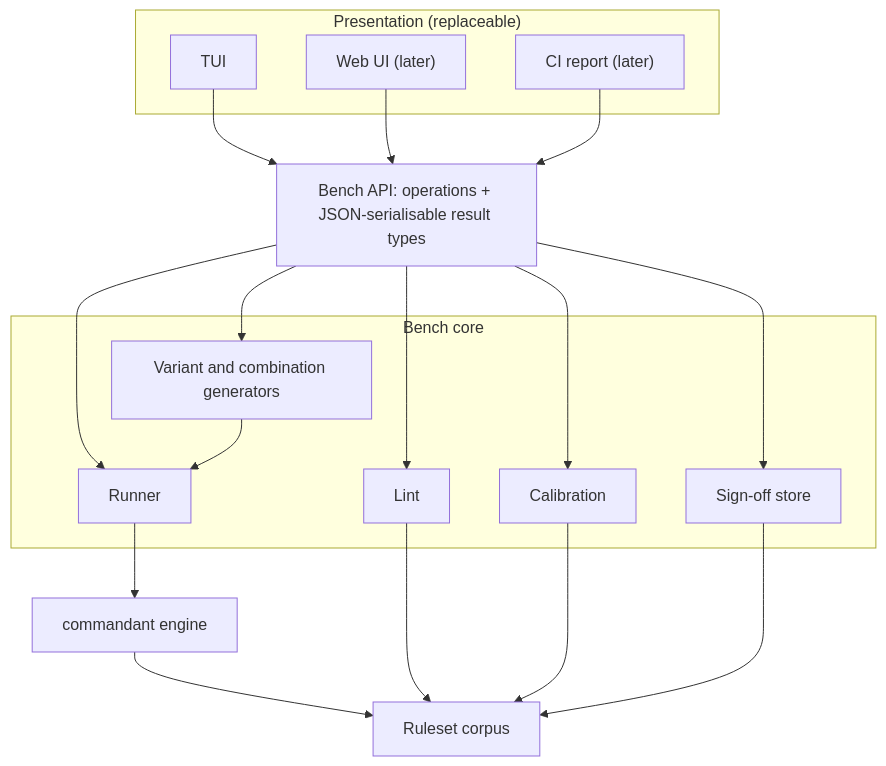
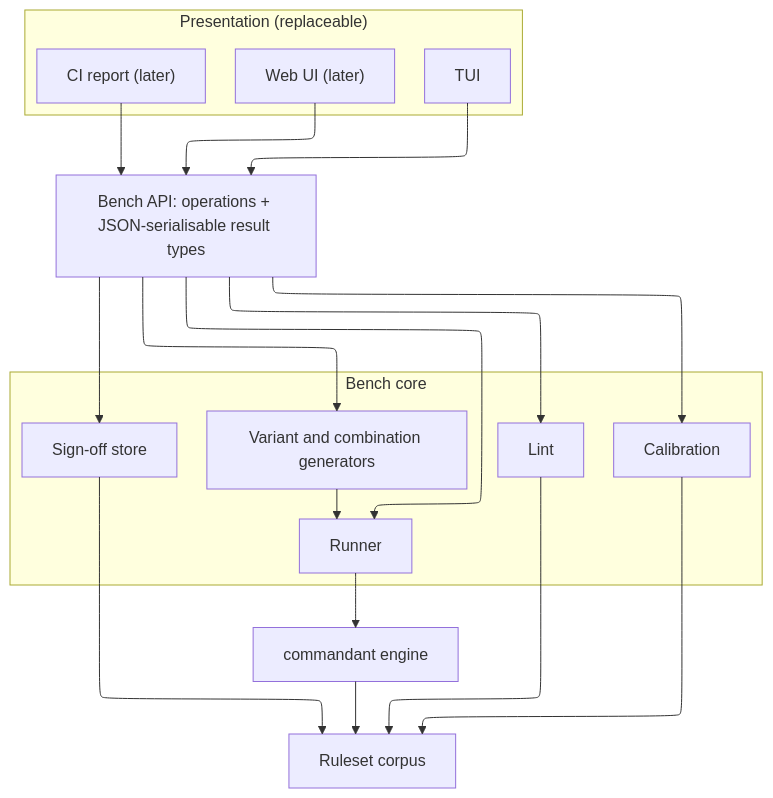
The diagram in BENCH_DESIGN.md (ModelArmy/commandant-bench), drawn with Mermaid before and after one commit. The commit also changed other lines of this file and 25 other files, not shown here.

````diff
--- a/BENCH_DESIGN.md
+++ b/BENCH_DESIGN.md
@@ -20,28 +20,32 @@
 ```mermaid
+---
+config:
+  layout: elk
+---
 flowchart TD
     subgraph P["Presentation (replaceable)"]
         TUI["TUI"]
         WEB["Web UI (later)"]
         CI["CI report (later)"]
     end
     API["Bench API: operations + JSON-serialisable result types"]
     subgraph C["Bench core"]
         LINT["Lint"]
         GEN["Variant and combination generators"]
         RUN["Runner"]
         SIB["Calibration"]
         SIGN["Sign-off store"]
     end
     ENG["commandant engine"]
     RULES["Ruleset corpus"]
 
     TUI --> API
     WEB --> API
     CI --> API
     API --> LINT & GEN & RUN & SIB & SIGN
     GEN --> RUN
     RUN --> ENG --> RULES
     LINT --> RULES
     SIB --> RULES
     SIGN --> RULES
 ```
````
